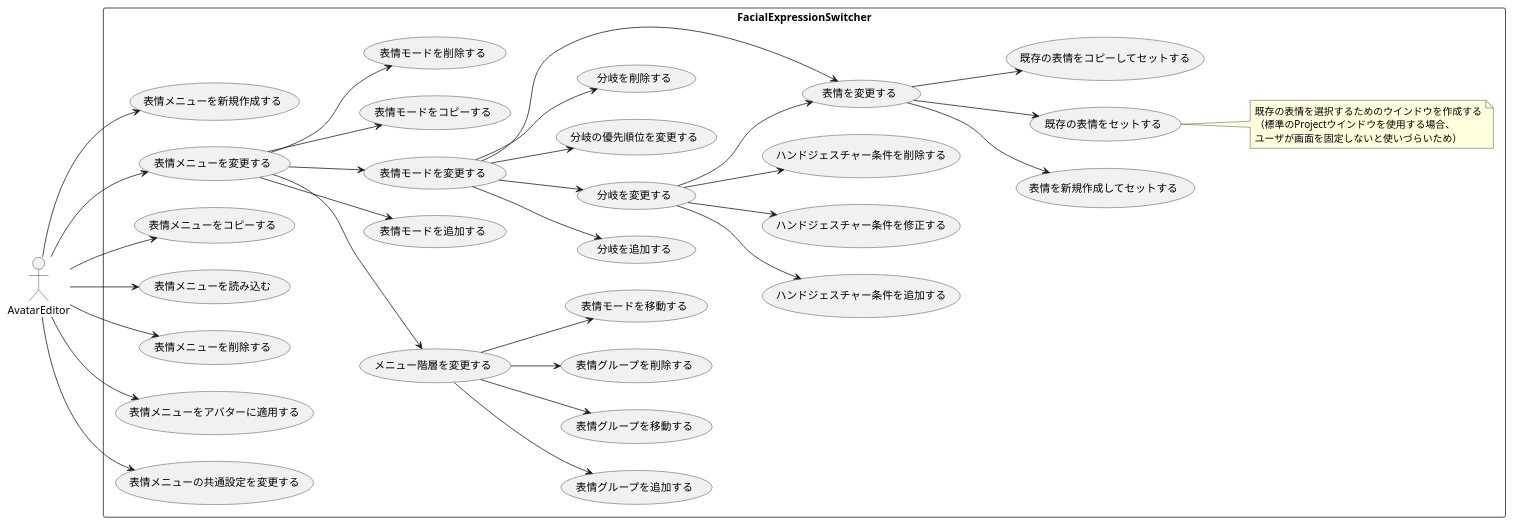
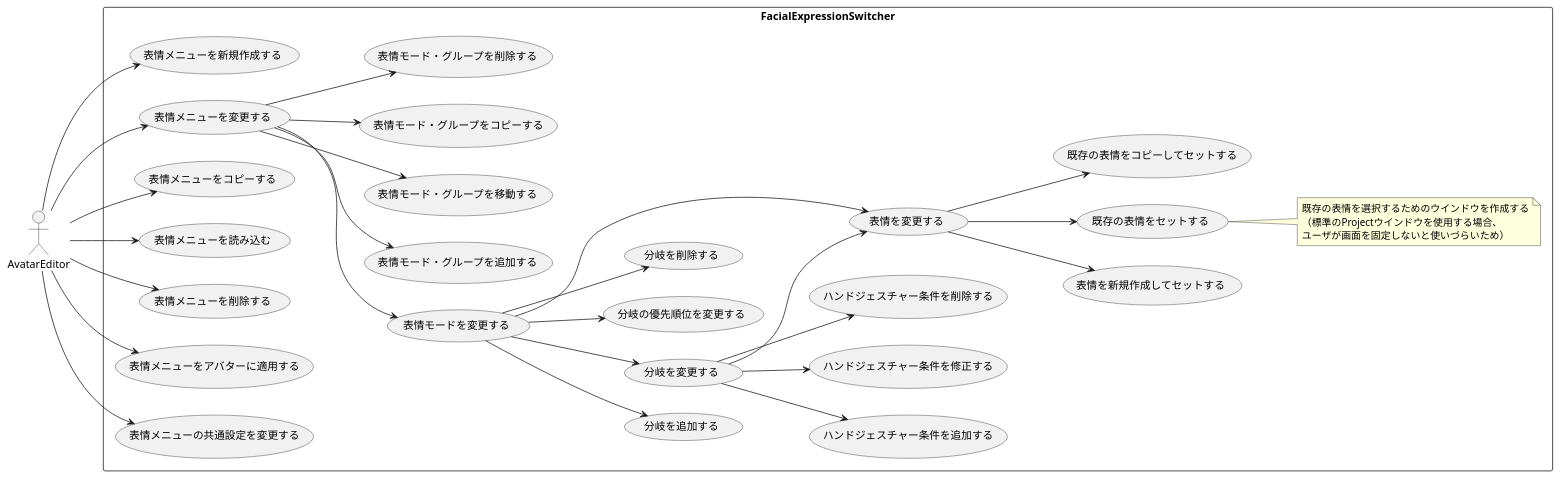
One commit to suzuryg/face-emo changed the diagram in Documents/UseCase.pu. Above: the diagram before and after it, drawn with PlantUML. The commit also changed 157 other files, not shown here.

```diff
--- a/Documents/UseCase.pu
+++ b/Documents/UseCase.pu
@@ -1,75 +1,64 @@
 @startuml FacialExpressionSwitcherUseCase
 left to right direction
 :AvatarEditor:
 rectangle FacialExpressionSwitcher {
     (表情メニューを新規作成する) as createMenu
     AvatarEditor --> createMenu
     (表情メニューを変更する) as modifyMenu
     AvatarEditor --> modifyMenu
     (表情メニューをコピーする) as copyMenu
     AvatarEditor --> copyMenu
     (表情メニューを読み込む) as loadMenu
     AvatarEditor --> loadMenu
     (表情メニューを削除する) as removeMenu
     AvatarEditor --> removeMenu
     (表情メニューをアバターに適用する) as applyToAvatar
     AvatarEditor --> applyToAvatar
     (表情メニューの共通設定を変更する) as modifyCommonSetting
     AvatarEditor --> modifyCommonSetting
 
-    (メニュー階層を変更する) as modifyHierarchy
-    modifyMenu --> modifyHierarchy
-
-    (表情グループを追加する) as addGroup
-    modifyHierarchy --> addGroup
-    (表情グループを移動する) as moveGroup
-    modifyHierarchy --> moveGroup
-    (表情グループを削除する) as removeGroup
-    modifyHierarchy --> removeGroup
-
-    (表情モードを追加する) as addMode
-    modifyMenu --> addMode
     (表情モードを変更する) as modifyMode
     modifyMenu --> modifyMode
-    (表情モードをコピーする) as copyMode
+    (表情モード・グループを追加する) as addMode
+    modifyMenu --> addMode
+    (表情モード・グループを移動する) as moveMode
+    modifyMenu --> moveMode
+    (表情モード・グループをコピーする) as copyMode
     modifyMenu --> copyMode
-    (表情モードを削除する) as removeMode
+    (表情モード・グループを削除する) as removeMode
     modifyMenu --> removeMode
-
-    (表情モードを移動する) as moveMode
-    modifyHierarchy --> moveMode
 
     (分岐を追加する) as addBranch
     modifyMode --> addBranch
     (分岐を変更する) as modifyBranch
     modifyMode --> modifyBranch
     (分岐の優先順位を変更する) as changeBranchOrder
     modifyMode --> changeBranchOrder
     (分岐を削除する) as removeBranch
     modifyMode --> removeBranch
 
     (ハンドジェスチャー条件を追加する) as addGestureCondition
     modifyBranch --> addGestureCondition
     (ハンドジェスチャー条件を修正する) as modifyGestureCondition
     modifyBranch --> modifyGestureCondition
     (ハンドジェスチャー条件を削除する) as removeGestureCondition
     modifyBranch --> removeGestureCondition
 
     (表情を変更する) as changeExpression
     modifyMode --> changeExpression
     modifyBranch --> changeExpression
 
     (表情を新規作成してセットする) as setNewExpression
     changeExpression --> setNewExpression
     (既存の表情をセットする) as setExistingExpression
     changeExpression --> setExistingExpression
     (既存の表情をコピーしてセットする) as  setCopiedExpression
     changeExpression --> setCopiedExpression
 
     note right of setExistingExpression
     既存の表情を選択するためのウインドウを作成する
     （標準のProjectウインドウを使用する場合、
     ユーザが画面を固定しないと使いづらいため）
     end note
 }
 @enduml
```
